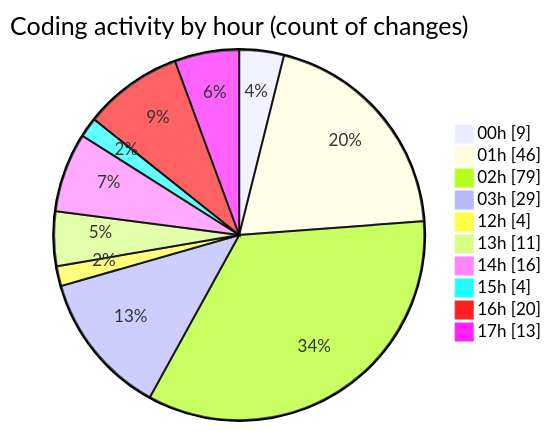
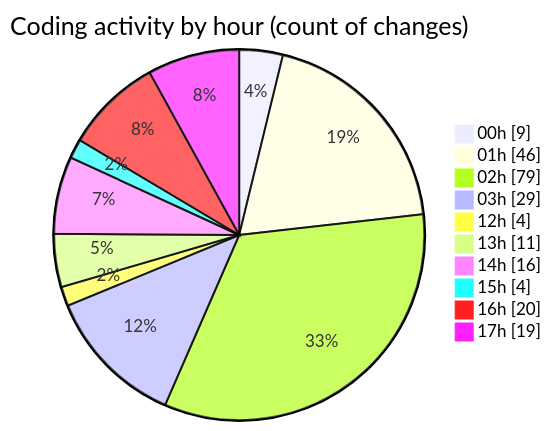
Before and after one commit to julien-gomy/code-tracking: the second of 2 diagrams in 2025-11-18/eventscop-frontend-guide__workspace_/README.md, drawn with Mermaid. The commit also changed other lines of this file and 1 other file, not shown here.

````diff
--- a/2025-11-18/eventscop-frontend-guide__workspace_/README.md
+++ b/2025-11-18/eventscop-frontend-guide__workspace_/README.md
@@ -82,14 +84,14 @@
 ```mermaid
 pie showData
 title Coding activity by hour (count of changes)
 "00h" : 9
 "01h" : 46
 "02h" : 79
 "03h" : 29
 "12h" : 4
 "13h" : 11
 "14h" : 16
 "15h" : 4
 "16h" : 20
-"17h" : 13
+"17h" : 19
 ```
````
